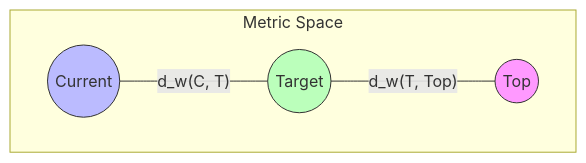
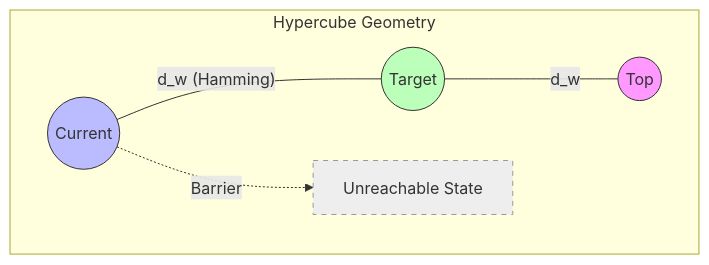
Before and after one commit to innovativecodejp/cobol-structure-analysis-lab: the first of 2 diagrams in docs/50_guarantee/06_Metric-on-Guarantee-Space.md, drawn with Mermaid. The commit also changed other lines of this file and 3 other files, not shown here.

````diff
--- a/docs/50_guarantee/06_Metric-on-Guarantee-Space.md
+++ b/docs/50_guarantee/06_Metric-on-Guarantee-Space.md
@@ -106,16 +76,21 @@
 ```mermaid
 graph TD
-    subgraph Metric Space
+    subgraph Hypercube Geometry
         Top((Top))
         Current((Current))
         Target((Target))
         
-        %% Distance edges
-        Current -- "d_w(C, T)" --- Target
-        Target -- "d_w(T, Top)" --- Top
+        %% Weighted Distance
+        Current -- "d_w (Hamming)" --- Target
+        Target -- "d_w" --- Top
+        
+        %% Unreachable Region
+        Unreach[Unreachable State]:::invalid
+        Current -.->|Barrier| Unreach
     end
     
     style Top fill:#f9f,stroke:#333
     style Target fill:#bfb,stroke:#333
     style Current fill:#bbf,stroke:#333
+    classDef invalid fill:#eee,stroke:#999,stroke-dasharray: 5 5;
 ```
````
